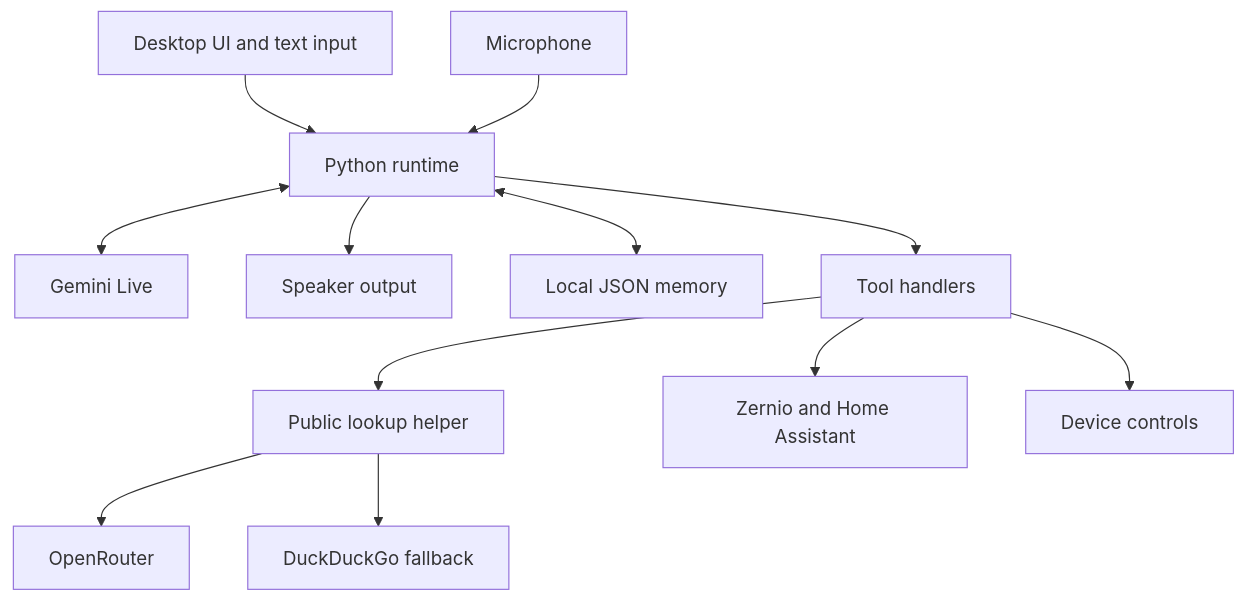
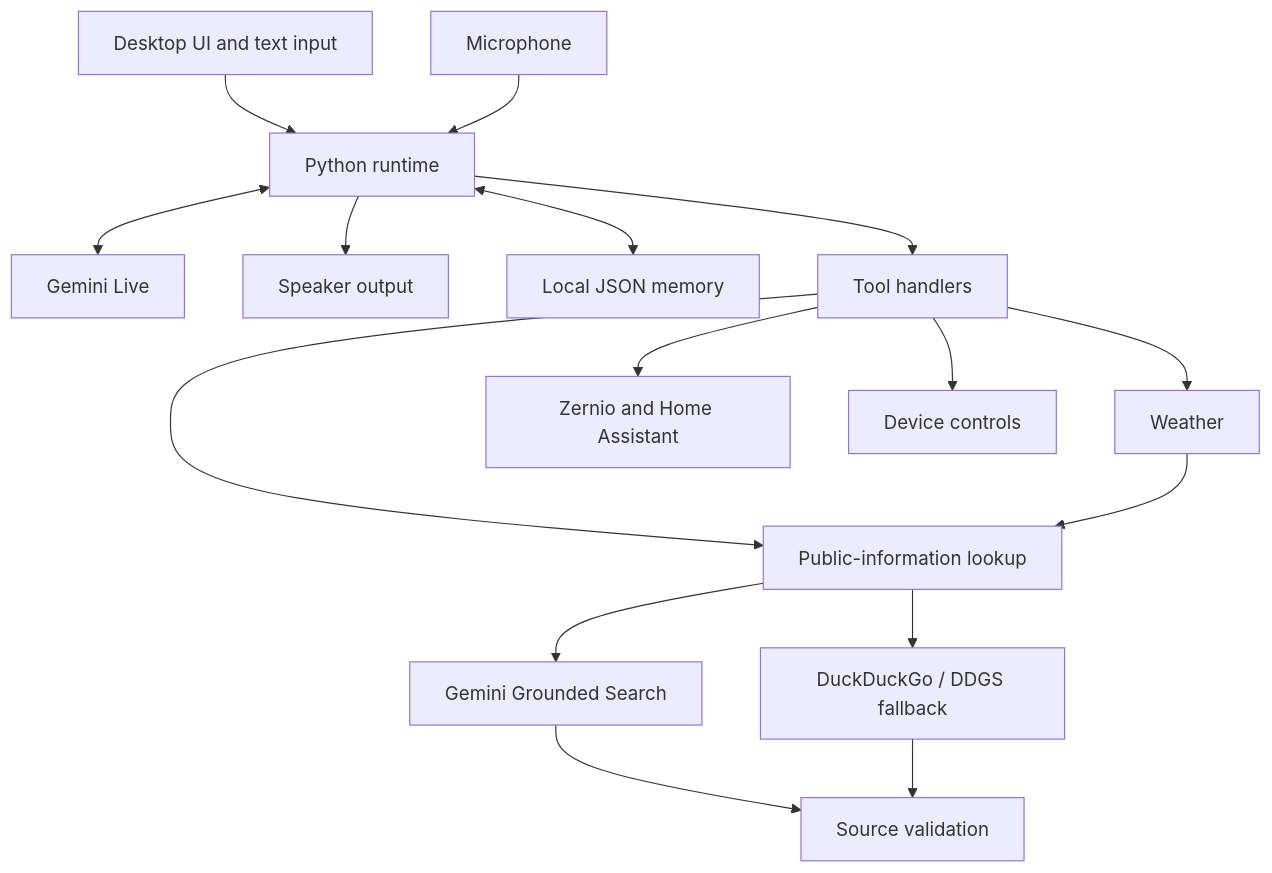
The diagram in README.md (Vivek-Deepashree-Ravi/Misa_AI_Core_Online), drawn with Mermaid before and after one commit. The commit also changed other lines of this file and 3 other files, not shown here.

Commit message:
ddgs fallback and live loaction update to misa

````diff
--- a/README.md
+++ b/README.md
@@ -27,14 +38,24 @@
 ```mermaid
 flowchart TD
     UI["Desktop UI and text input"] --> Runtime["Python runtime"]
     Mic["Microphone"] --> Runtime
+
     Runtime <--> Gemini["Gemini Live"]
     Runtime --> Speaker["Speaker output"]
+
     Runtime <--> Memory["Local JSON memory"]
+
     Runtime --> Tools["Tool handlers"]
-    Tools --> Lookup["Public lookup helper"]
-    Lookup --> Router["OpenRouter"]
-    Lookup --> DDG["DuckDuckGo fallback"]
+
+    Tools --> Search["Public-information lookup"]
+    Search --> Grounded["Gemini Grounded Search"]
+    Search --> DDGS["DuckDuckGo / DDGS fallback"]
+    Grounded --> Validation["Source validation"]
+    DDGS --> Validation
+
+    Tools --> Weather["Weather"]
+    Weather --> Search
+
     Tools --> Services["Zernio and Home Assistant"]
     Tools --> Device["Device controls"]
 ```
````
